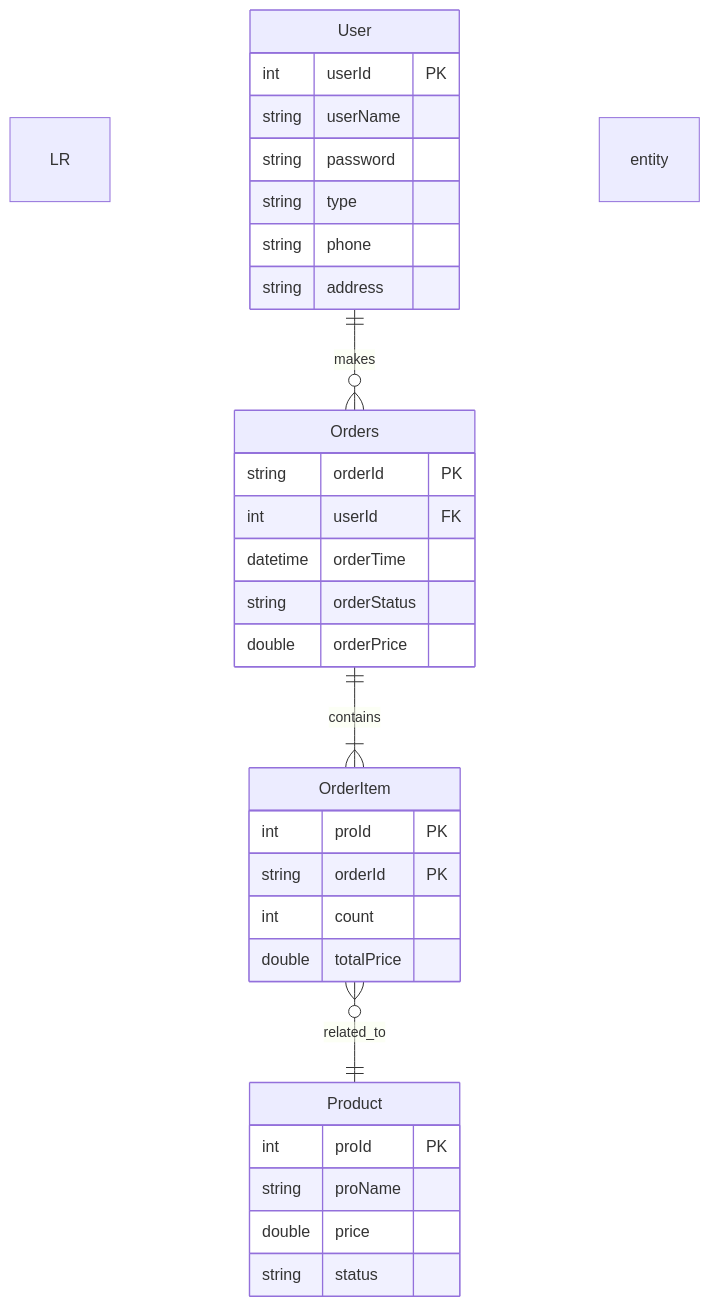
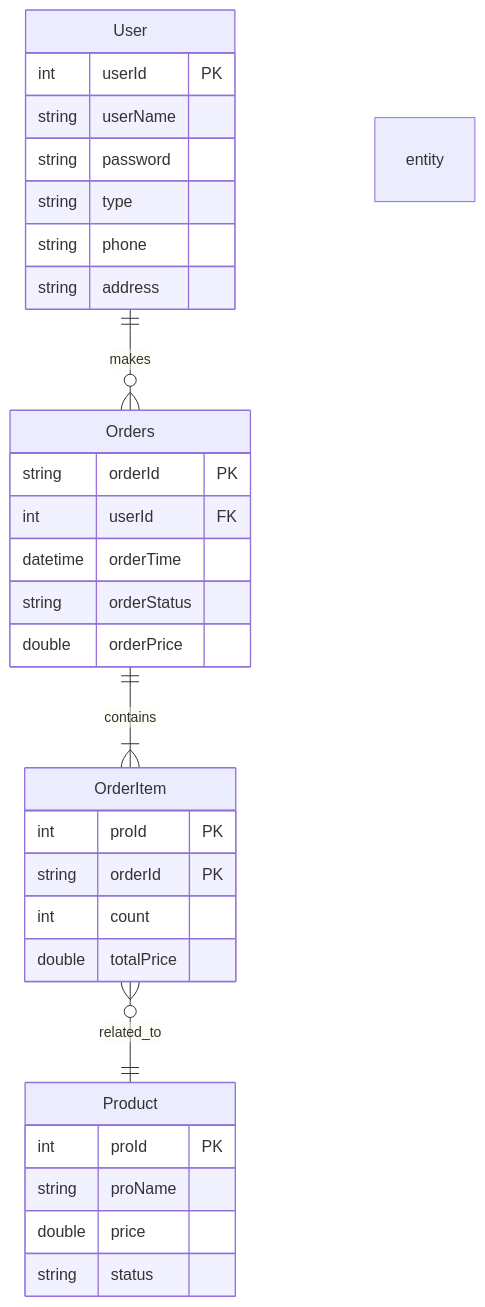
The diagram in all/未命名-2.md (Beryl-wangzl/iodraw-files), drawn with Mermaid before and after one commit.

Commit message:
2024-12-27 11:05:06 update

````diff
--- a/all/未命名-2.md
+++ b/all/未命名-2.md
@@ -1,37 +1,37 @@
 ```mermaid
-erDiagram LR
+erDiagram 
     User ||--o{ Orders : makes
     Orders ||--|{ OrderItem : contains
     OrderItem }o--|| Product : related_to
 
     entity User {
         int userId PK
         string userName
         string password
         string type
         string phone
         string address
     }
 
     entity Orders {
         string orderId PK
         int userId FK
         datetime orderTime
         string orderStatus
         double orderPrice
     }
 
     entity OrderItem {
         int proId PK
         string orderId PK
         int count
         double totalPrice
     }
 
     entity Product {
         int proId PK
         string proName
         double price
         string status
     }
 ```
````
